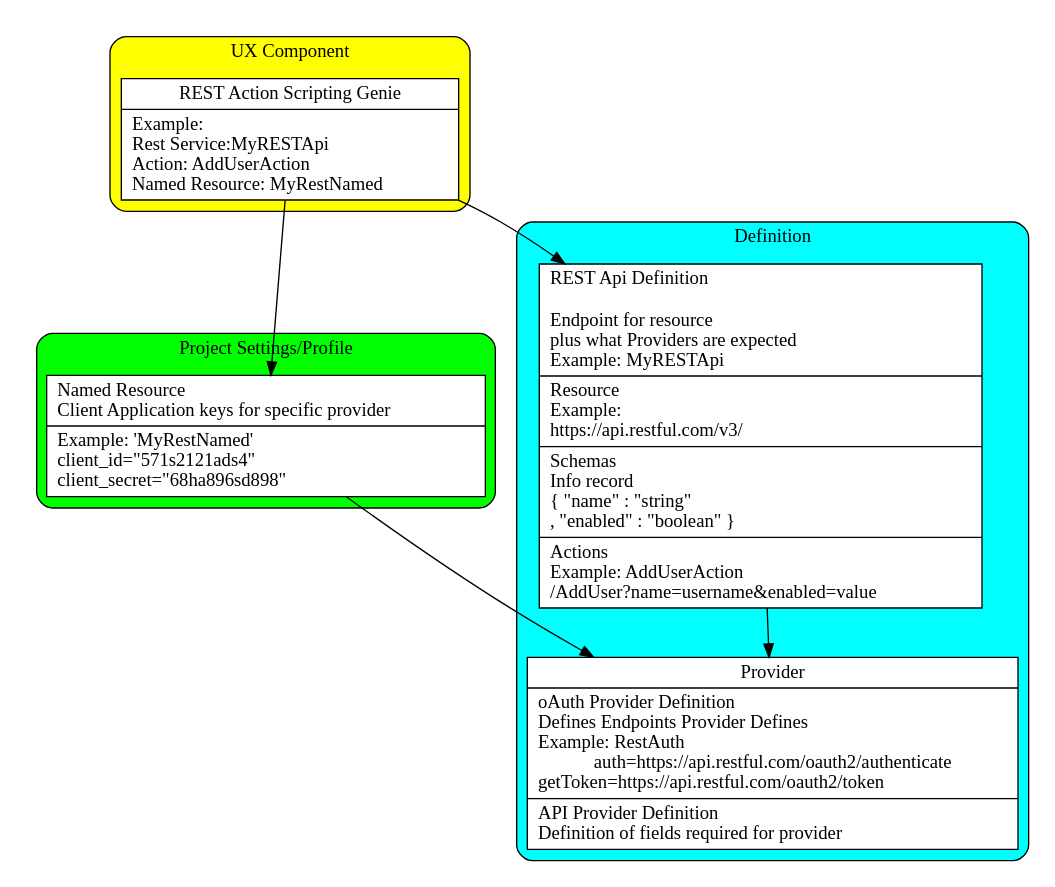
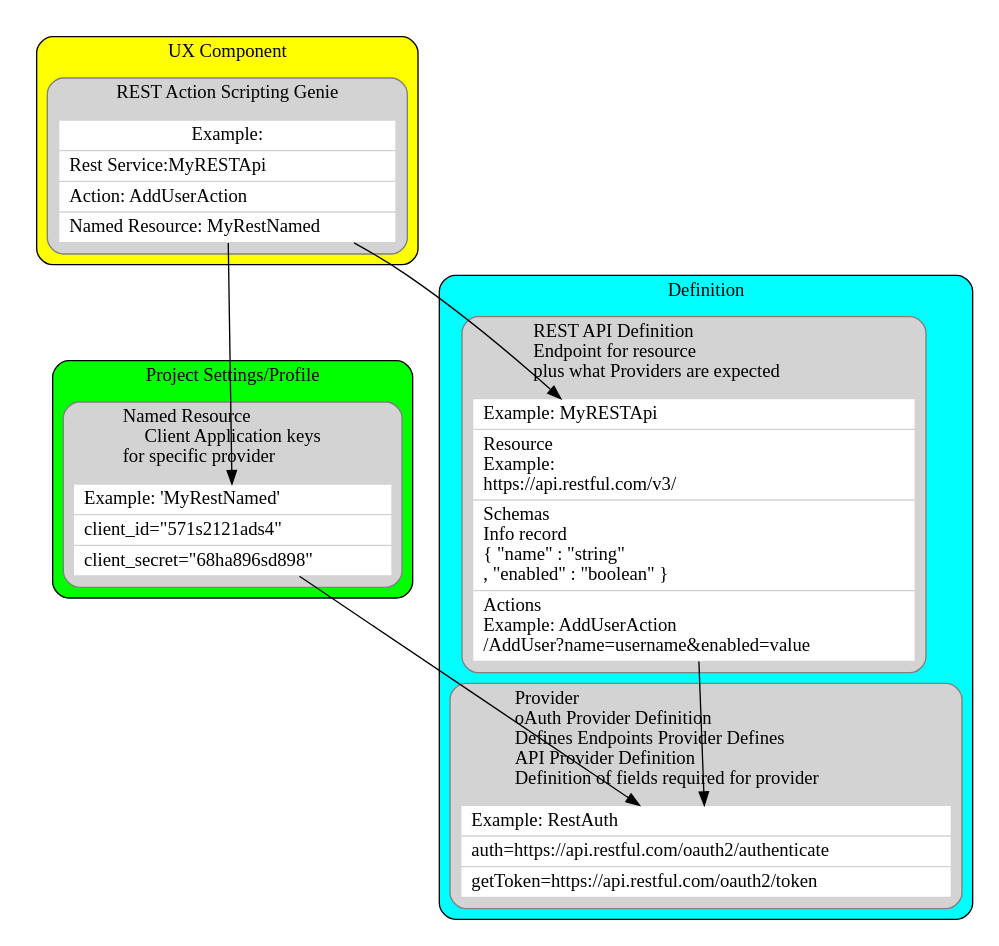
One commit to BuildMan-Alpha/AlphaHelp changed the diagram in helpfiles/Guides/Beta Software/REST Service Client/images/parts.dot. Above: the diagram before and after it, drawn with Graphviz. The commit also changed 1 other file, not shown here.

Commit message:
Improved the formatting of the chart by adding separate containers so that 'example' is inside the 'type' box

```diff
--- a/helpfiles/Guides/Beta Software/REST Service Client/images/parts.dot
+++ b/helpfiles/Guides/Beta Software/REST Service Client/images/parts.dot
@@ -1,29 +1,49 @@
 digraph G {
    subgraph cluster_1 {
    style=invis
    subgraph cluster_2 {
      label="UX Component"
      style="rounded, filled"
-     fillcolor=yellow
-     "REST Genie" [label="{REST Action Scripting Genie|Example:\lRest Service:MyRESTApi\lAction: AddUserAction\lNamed Resource: MyRestNamed\l}",shape="record",style="filled",fillcolor=white]
+     fillcolor=yellow     
+     subgraph cluster_4 {
+        fillcolor = "lightgray"
+        color=gray
+        label = "REST Action Scripting Genie"
+        "REST Genie" [label="{Example:|Rest Service:MyRESTApi\l|Action: AddUserAction\l|Named Resource: MyRestNamed\l}",shape="record",style="filled",fillcolor=white,color=lightgray]
+     }
    }
    subgraph cluster_3 {
      label="Project Settings/Profile"
       style="rounded, filled"
       fillcolor=lime
-     "Named Resource" [label="{Named Resource\lClient Application keys for specific provider\l|Example: 'MyRestNamed'\lclient_id=\"571s2121ads4\"\lclient_secret=\"68ha896sd898\"\l}",shape="record",style="filled",fillcolor=white]
+     subgraph cluster_5 {
+        fillcolor = "lightgray"
+        color=gray      
+        label = "Named Resource\lClient Application keys\nfor specific provider\l"
+        "Named Resource" [label="{Example: 'MyRestNamed'\l|client_id=\"571s2121ads4\"\l|client_secret=\"68ha896sd898\"\l}",shape="record",style="filled",fillcolor=white,color=lightgray]
+     }     
    }
   }
   subgraph cluster_0 {
    rankdir=TB;
    style="rounded, filled"
    fillcolor=cyan
    graph [ label="Definition"]
-  "Provider Type" [label="{Provider|oAuth Provider Definition\lDefines Endpoints Provider Defines\lExample: RestAuth\lauth=https://api.restful.com/oauth2/authenticate\ngetToken=https://api.restful.com/oauth2/token\l|API Provider Definition\lDefinition of fields required for provider\l}",shape="record",style="filled",fillcolor=white]
-  "REST Api Definition" [label="{REST Api Definition\l\lEndpoint for resource\lplus what Providers are expected\lExample: MyRESTApi\l|Resource\lExample:\lhttps://api.restful.com/v3/\l|Schemas\lInfo record\l\{ \"name\" : \"string\"\l , \"enabled\" : \"boolean\" \}\l|Actions\lExample: AddUserAction\l/AddUser?name=username&enabled=value\l}",shape="record",style="filled",fillcolor=white]
+   subgraph cluster_6 {
+       fillcolor = "lightgray"
+       color=gray      
+       label="Provider\loAuth Provider Definition\lDefines Endpoints Provider Defines\lAPI Provider Definition\lDefinition of fields required for provider\l"
+       "Provider Type" [label="{Example: RestAuth\l|auth=https://api.restful.com/oauth2/authenticate\l|getToken=https://api.restful.com/oauth2/token\l}",shape="record",style="filled",fillcolor=white,color=lightgray]
+   }
+   subgraph cluster_7 {
+       fillcolor = "lightgray"
+       color=gray     
+       label="REST API Definition\lEndpoint for resource\lplus what Providers are expected\l" 
+        "REST API Definition" [label="{Example: MyRESTApi\l|Resource\lExample:\lhttps://api.restful.com/v3/\l|Schemas\lInfo record\l\{ \"name\" : \"string\"\l , \"enabled\" : \"boolean\" \}\l|Actions\lExample: AddUserAction\l/AddUser?name=username&enabled=value\l}",shape="record",style="filled",fillcolor=white,color=lightgray]
+   }
    }
   "Named Resource" -> "Provider Type" 
-  "REST Api Definition" -> "Provider Type"  
-  "REST Genie" ->  "REST Api Definition"
+  "REST API Definition" -> "Provider Type"  
+  "REST Genie" ->  "REST API Definition"
   "REST Genie" ->    "Named Resource"
 }
```
